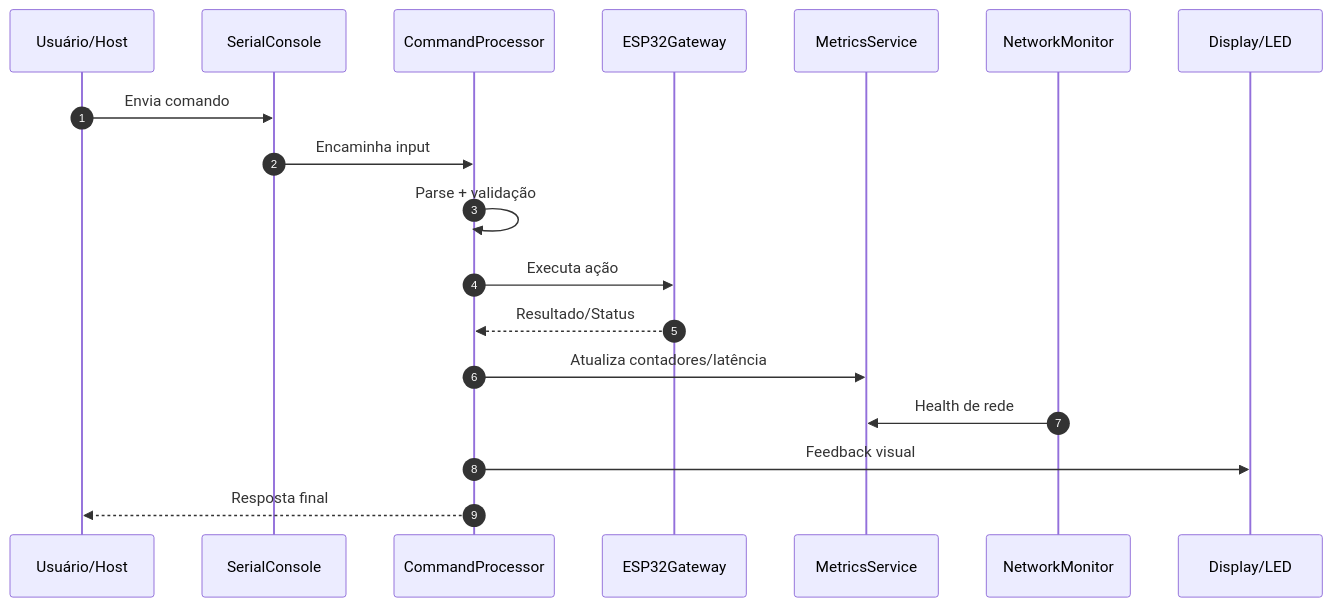
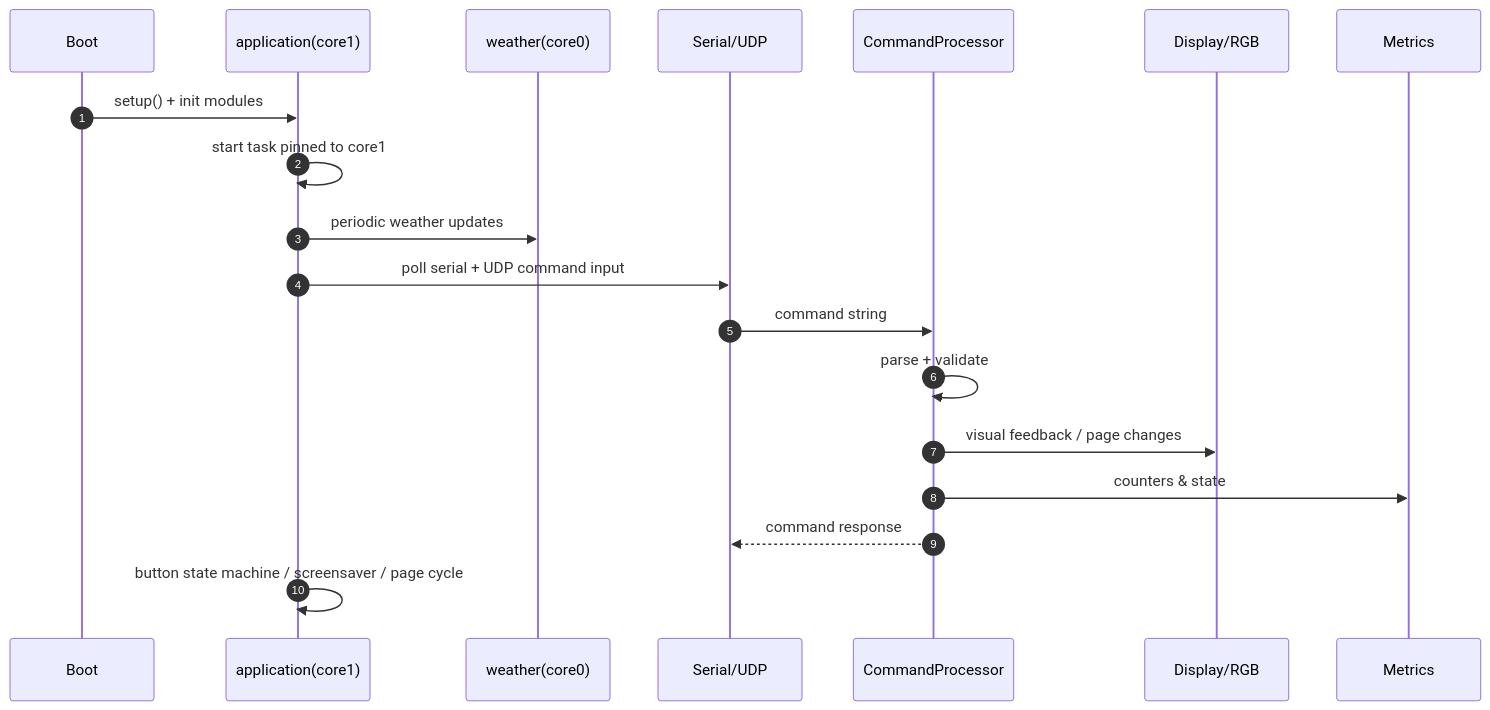
The second of 7 diagrams in README.md (paulocfmarques-collab/M5AtomS3R), drawn with Mermaid before and after one commit. The commit also changed other lines of this file, not shown here.

Commit message:
docs: replace README with premium architecture-rich documentation

````diff
--- a/README.md
+++ b/README.md
@@ -102,21 +100,22 @@
 ```mermaid
 sequenceDiagram
     autonumber
-    participant U as Usuário/Host
-    participant S as SerialConsole
-    participant CP as CommandProcessor
-    participant GW as ESP32Gateway
-    participant MS as MetricsService
-    participant NM as NetworkMonitor
-    participant UI as Display/LED
+    participant Boot as Boot
+    participant App as application(core1)
+    participant Weather as weather(core0)
+    participant IO as Serial/UDP
+    participant Cmd as CommandProcessor
+    participant UX as Display/RGB
+    participant Obs as Metrics
 
-    U->>S: Envia comando
-    S->>CP: Encaminha input
-    CP->>CP: Parse + validação
-    CP->>GW: Executa ação
-    GW-->>CP: Resultado/Status
-    CP->>MS: Atualiza contadores/latência
-    NM->>MS: Health de rede
-    CP->>UI: Feedback visual
-    CP-->>U: Resposta final
+    Boot->>App: setup() + init modules
+    App->>App: start task pinned to core1
+    App->>Weather: periodic weather updates
+    App->>IO: poll serial + UDP command input
+    IO->>Cmd: command string
+    Cmd->>Cmd: parse + validate
+    Cmd->>UX: visual feedback / page changes
+    Cmd->>Obs: counters & state
+    Cmd-->>IO: command response
+    App->>App: button state machine / screensaver / page cycle
 ```
````
